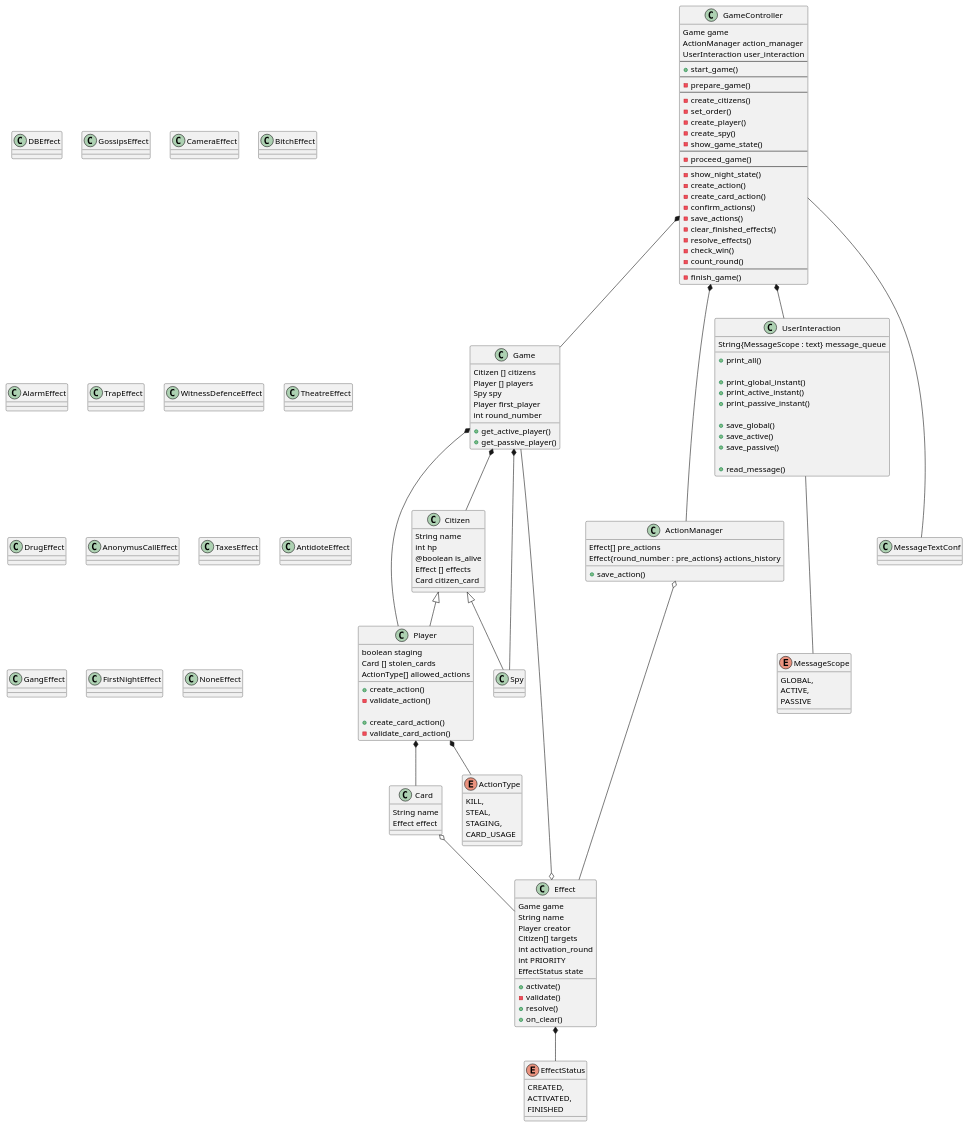
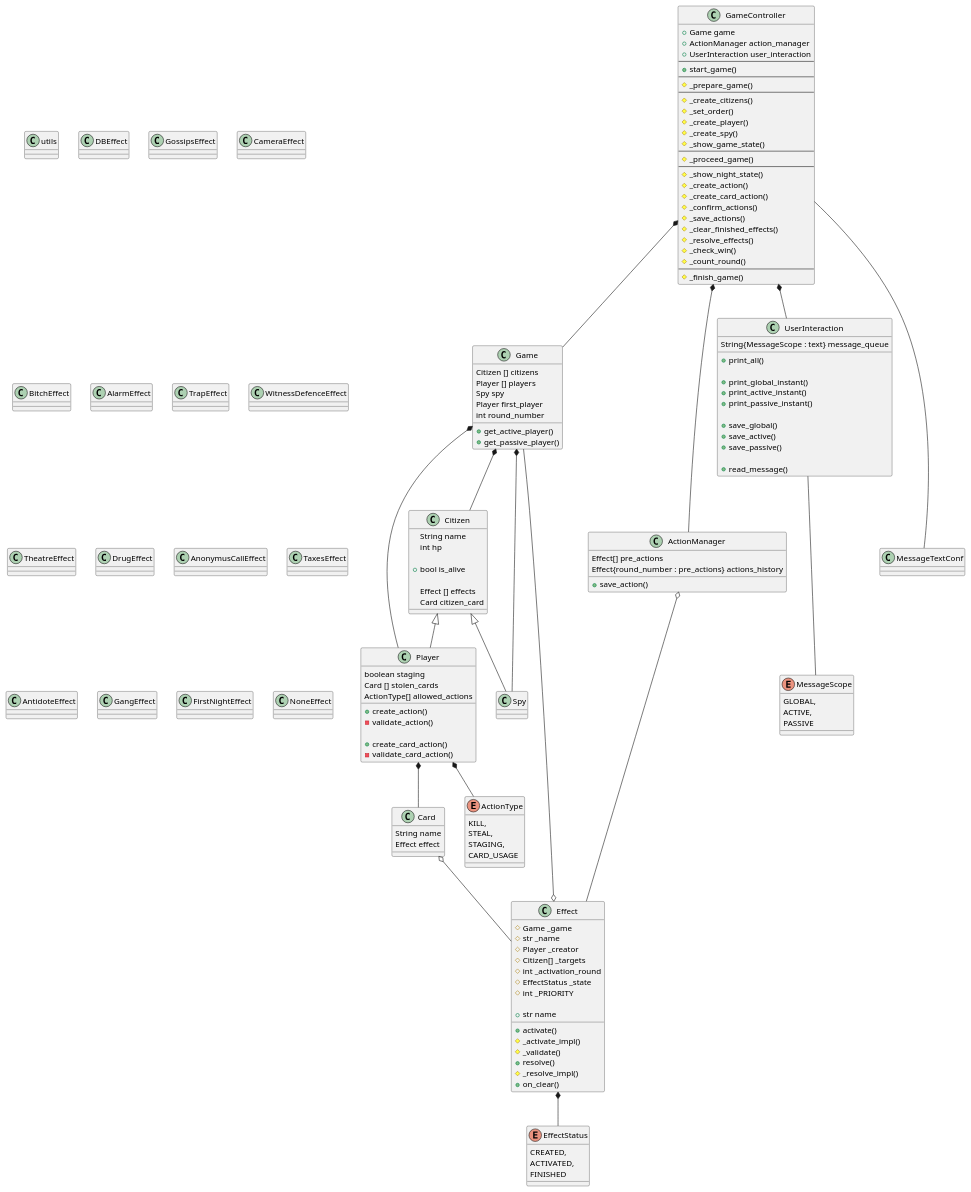
Before and after one commit to SurprisedBird/MurderBattleConsole: the diagram in docs/MB_ARCHITECTURE.puml, drawn with PlantUML. The commit also changed 4 other files, not shown here.

```diff
--- a/docs/MB_ARCHITECTURE.puml
+++ b/docs/MB_ARCHITECTURE.puml
@@ -56,40 +56,43 @@
 }
 
 class GameController {
-    Game game
-    ActionManager action_manager
-    UserInteraction user_interaction
+    +Game game
+    +ActionManager action_manager
+    +UserInteraction user_interaction
     --
     +start_game()
     --
-    -prepare_game()
+    #_prepare_game()
     --
-    -create_citizens()
-    -set_order()
-    -create_player()
-    -create_spy()
-    -show_game_state()
+    #_create_citizens()
+    #_set_order()
+    #_create_player()
+    #_create_spy()
+    #_show_game_state()
     --
-    -proceed_game()
+    #_proceed_game()
     --
-    -show_night_state()
-    -create_action()
-    -create_card_action()
-    -confirm_actions()
+    #_show_night_state()
+    #_create_action()
+    #_create_card_action()
+    #_confirm_actions()
     'Find relevant citizens for each effect and add relevant effect into the citizen's Effects list from pre_actions list. Move pre_actions list to actions_history dictionary under the active_round key.
-    -save_actions()
-    -clear_finished_effects()
-    -resolve_effects()
-    -check_win()
-    -count_round()
+    #_save_actions()
+    #_clear_finished_effects()
+    #_resolve_effects()
+    #_check_win()
+    #_count_round()
     --
-    -finish_game()
+    #_finish_game()
 }
 
 class Citizen {
     String name
     int hp
-    @boolean is_alive
+
+    ' Property (checks if hp > 0)
+    +bool is_alive
+    
     Effect [] effects
     Card citizen_card
 }
@@ -115,18 +118,27 @@
     Effect effect
 }
 
+class utils {
+
+}
+
 class Effect {
-    Game game
-    String name
-    Player creator
-    Citizen[] targets
-    int activation_round
-    int PRIORITY
-    EffectStatus state
+    #Game _game
+    #str _name
+    #Player _creator
+    #Citizen[] _targets
+    #int _activation_round
+    #EffectStatus _state
+    #int _PRIORITY
+
+    ' Property name (getter for _name variable)
+    +str name
 
     +activate()
-    -validate()
+    #_activate_impl()
+    #_validate()
     +resolve()
+    #_resolve_impl()
     +on_clear()
 }
 
```
